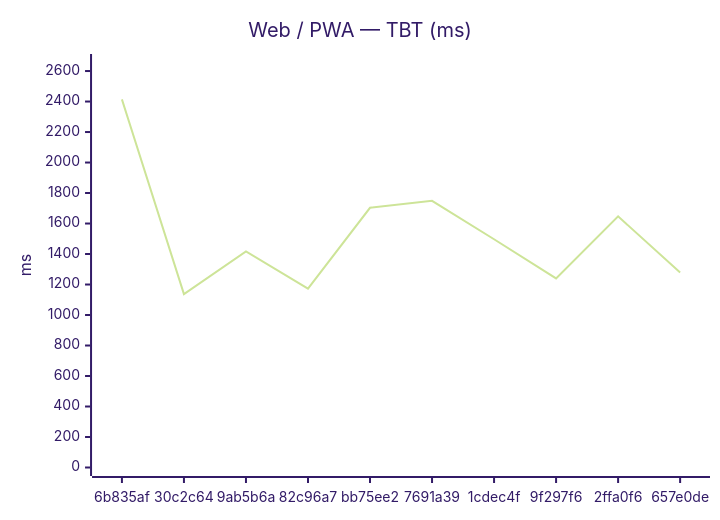
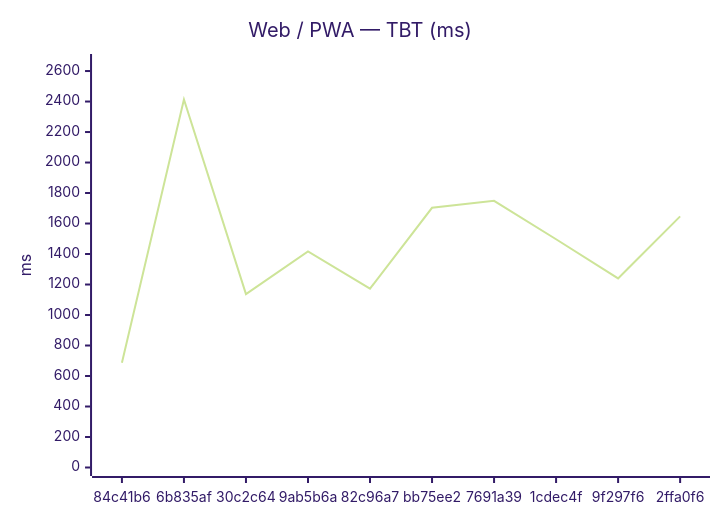
One commit to Metaheurist/Rianell changed the second of 12 diagrams in benchmarks/compare.md. Above: the diagram before and after it, drawn with Mermaid (forest theme). The commit also changed other lines of this file and 8 other files, not shown here.

````diff
--- a/benchmarks/compare.md
+++ b/benchmarks/compare.md
@@ -31,7 +31,7 @@
 ```mermaid
 xychart-beta
     title "Web / PWA — TBT (ms)"
-    x-axis ["6b835af", "30c2c64", "9ab5b6a", "82c96a7", "bb75ee2", "7691a39", "1cdec4f", "9f297f6", "2ffa0f6", "657e0de"]
+    x-axis ["84c41b6", "6b835af", "30c2c64", "9ab5b6a", "82c96a7", "bb75ee2", "7691a39", "1cdec4f", "9f297f6", "2ffa0f6"]
     y-axis "ms" 0 --> 2656
-    line [2414, 1137, 1417, 1173, 1703, 1749, 1497, 1240, 1647, 1279]
+    line [687, 2414, 1137, 1417, 1173, 1703, 1749, 1497, 1240, 1647]
 ```
````
